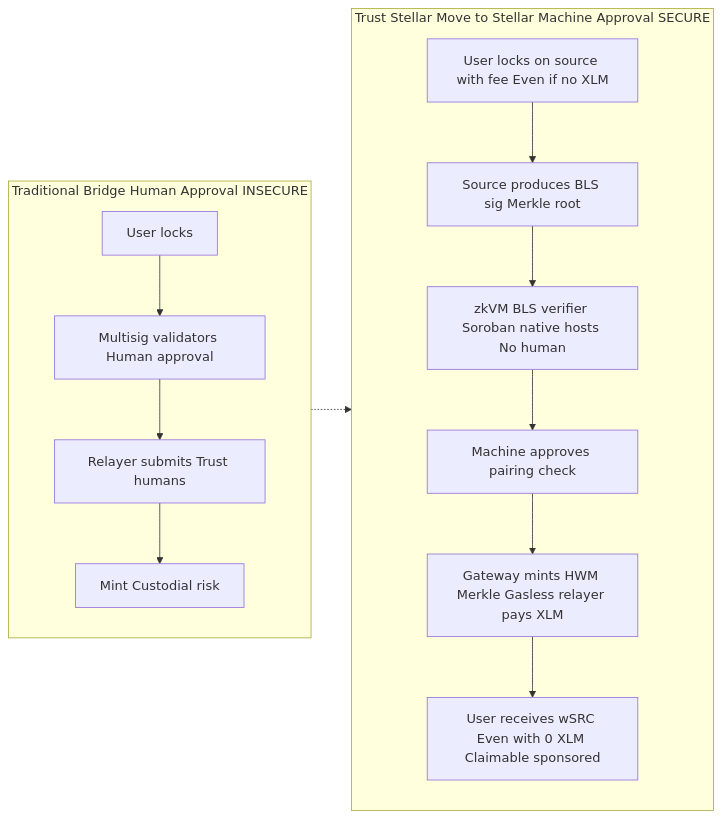
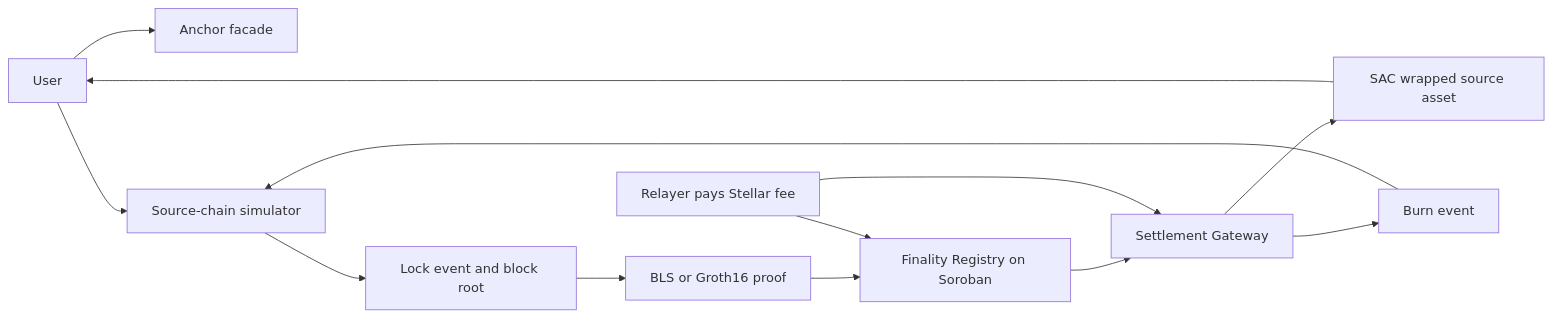
The diagram in README.md (lubothebook/lumen-gate), drawn with Mermaid before and after one commit. The commit also changed other lines of this file and 19 other files, not shown here.

````diff
--- a/README.md
+++ b/README.md
@@ -81,18 +23,15 @@
 ```mermaid
 flowchart LR
-    subgraph Traditional["Traditional Bridge Human Approval INSECURE"]
-        T1[User locks] --> T2[Multisig validators Human approval]
-        T2 --> T3[Relayer submits Trust humans]
-        T3 --> T4[Mint Custodial risk]
-    end
-
-    subgraph Ours["Trust Stellar Move to Stellar Machine Approval SECURE"]
-        O1[User locks on source with fee Even if no XLM] --> O2[Source produces BLS sig Merkle root]
-        O2 --> O3[zkVM BLS verifier Soroban native hosts No human]
-        O3 --> O4[Machine approves pairing check]
-        O4 --> O5[Gateway mints HWM Merkle Gasless relayer pays XLM]
-        O5 --> O6[User receives wSRC Even with 0 XLM Claimable sponsored]
-    end
-
-    Traditional -.-> Ours
+    U[User] --> A[Anchor facade]
+    U --> S[Source-chain simulator]
+    S --> E[Lock event and block root]
+    E --> P[BLS or Groth16 proof]
+    P --> R[Finality Registry on Soroban]
+    R --> G[Settlement Gateway]
+    G --> T[SAC wrapped source asset]
+    T --> U
+    L[Relayer pays Stellar fee] --> R
+    L --> G
+    G --> B[Burn event]
+    B --> S
 ```
````
